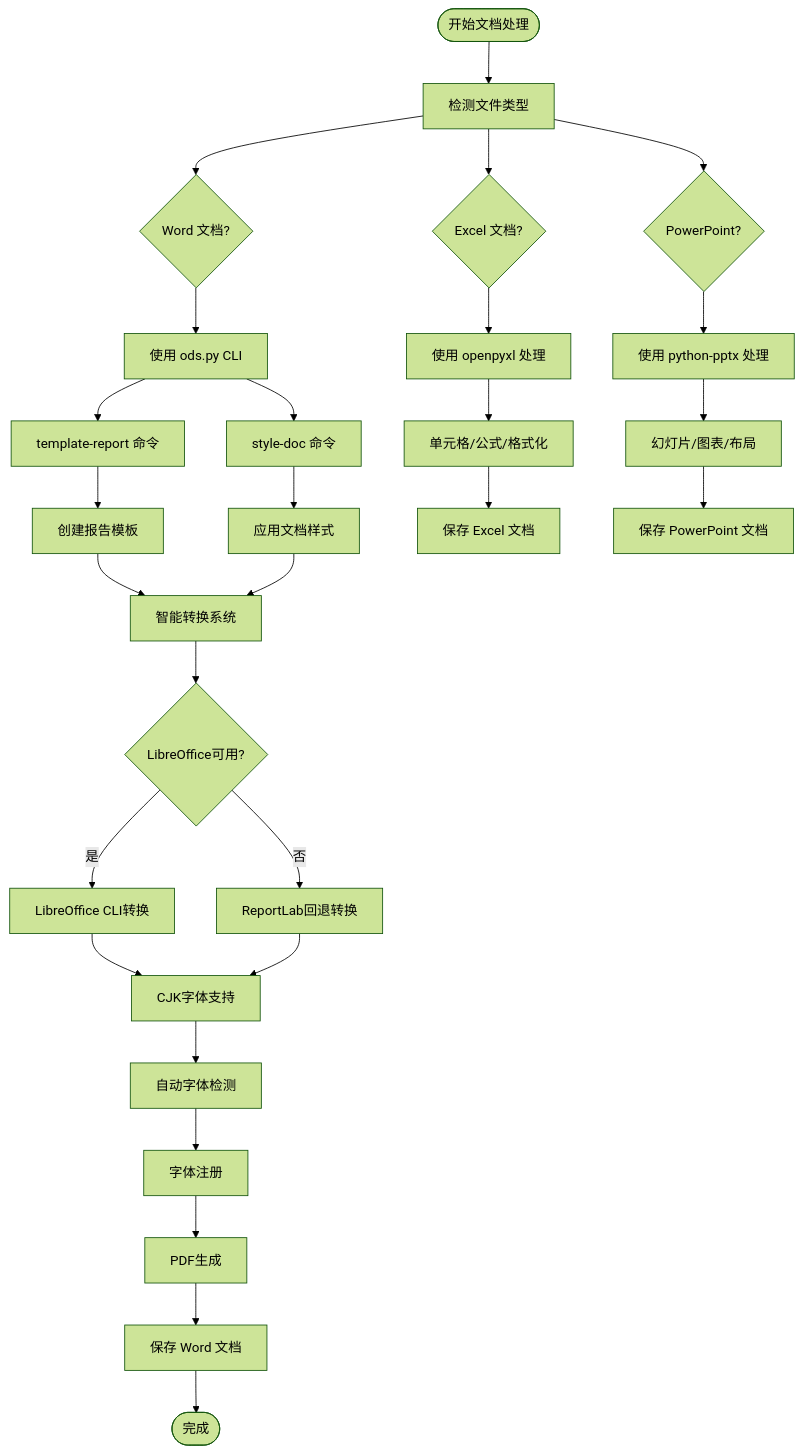
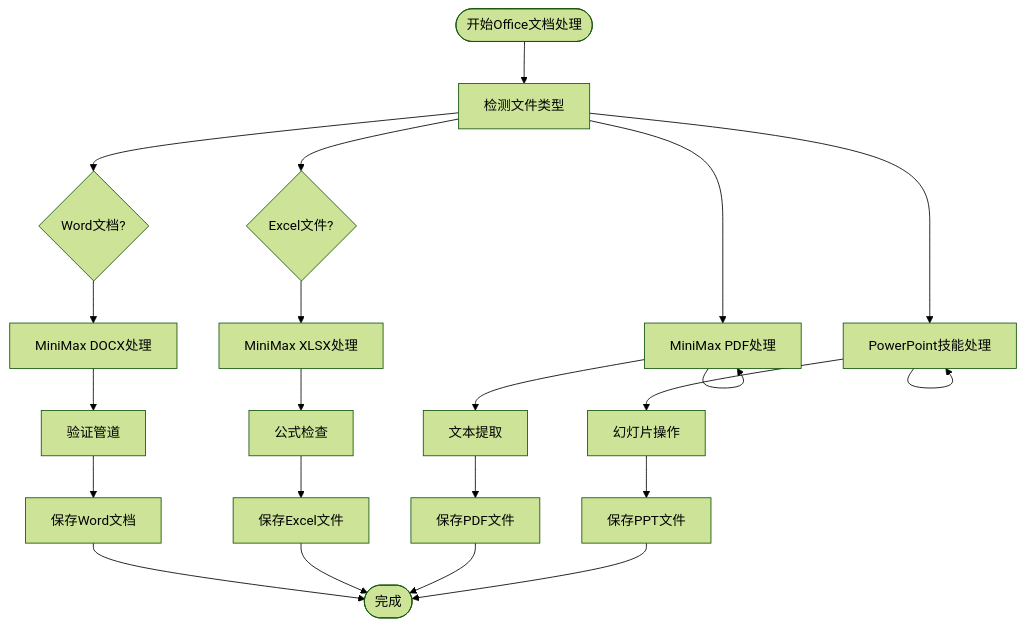
One commit to verse-ai-org/openclaw changed the third of 7 diagrams in .qoder/repowiki/zh/content/技能平台/内置技能/Office 文档专家套件.md. Above: the diagram before and after it, drawn with Mermaid (forest theme). The commit also changed other lines of this file and 48 other files, not shown here.

````diff
--- a/.qoder/repowiki/zh/content/技能平台/内置技能/Office 文档专家套件.md
+++ b/.qoder/repowiki/zh/content/技能平台/内置技能/Office 文档专家套件.md
@@ -206,31 +206,24 @@
 ```mermaid
 flowchart TD
-Start([开始文档处理]) --> Detect[检测文件类型]
-Detect --> Word{Word 文档?}
-Detect --> Excel{Excel 文档?}
+Start([开始Office文档处理]) --> Detect[检测文件类型]
+Detect --> Word{Word文档?}
+Detect --> Excel{Excel文件?}
+Detect --> PDF{PDF文件?}
 Detect --> PPT{PowerPoint?}
-Word --> CLI[使用 ods.py CLI]
-Excel --> ExcelProcess[使用 openpyxl 处理]
-PPT --> PPTProcess[使用 python-pptx 处理]
-CLI --> Template[template-report 命令]
-CLI --> Style[style-doc 命令]
-Template --> WordOps[创建报告模板]
-Style --> WordOps2[应用文档样式]
-WordOps --> SmartConvert[智能转换系统]
-WordOps2 --> SmartConvert
-SmartConvert --> PriorityCheck{LibreOffice可用?}
-PriorityCheck --> |是| LibreOfficeConvert[LibreOffice CLI转换]
-PriorityCheck --> |否| ReportLabConvert[ReportLab回退转换]
-LibreOfficeConvert --> CJKSupport[CJK字体支持]
-ReportLabConvert --> CJKSupport
-CJKSupport --> FontDetection[自动字体检测]
-FontDetection --> FontRegistration[字体注册]
-FontRegistration --> PDFGeneration[PDF生成]
-ExcelProcess --> ExcelOps[单元格/公式/格式化]
-PPTProcess --> PPTOps[幻灯片/图表/布局]
-PDFGeneration --> WordSave[保存 Word 文档]
+Word --> DOCX[MiniMax DOCX处理]
+Excel --> XLSX[MiniMax XLSX处理]
+PDF --> PDF[MiniMax PDF处理]
+PPT --> PPT[PowerPoint技能处理]
+DOCX --> Validation[验证管道]
+XLSX --> FormulaCheck[公式检查]
+PDF --> TextExtract[文本提取]
+PPT --> SlideOps[幻灯片操作]
+Validation --> WordSave[保存Word文档]
+FormulaCheck --> ExcelSave[保存Excel文件]
+TextExtract --> PDFSave[保存PDF文件]
+SlideOps --> PPTSave[保存PPT文件]
 WordSave --> End([完成])
-ExcelOps --> ExcelSave[保存 Excel 文档]
-PPTOps --> PPtSave[保存 PowerPoint 文档]
-End
+ExcelSave --> End
+PDFSave --> End
+PPTSave --> End
 ```
````
